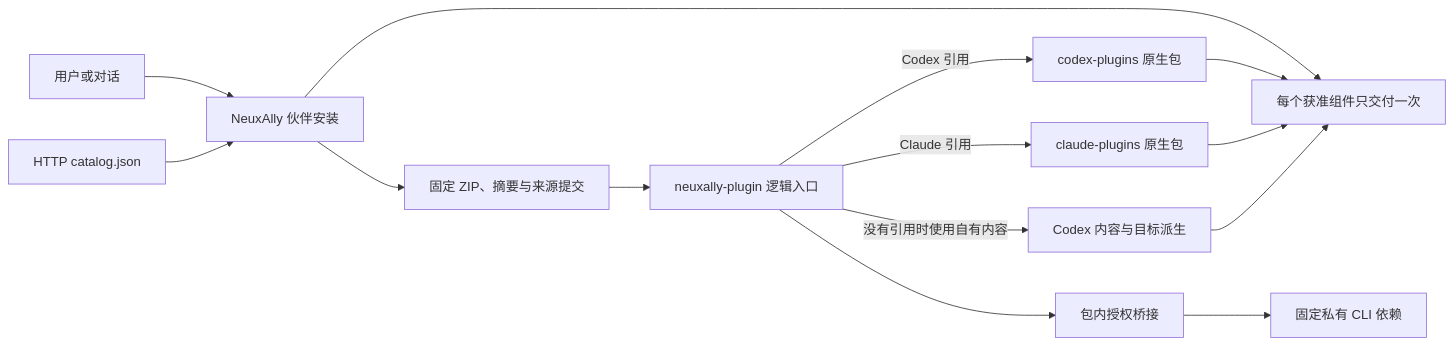
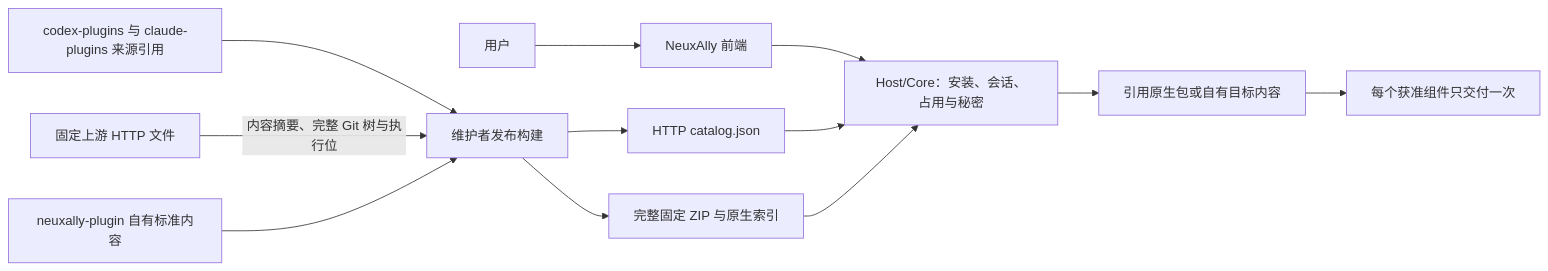
Before and after one commit to JieWaZi/NeuAally-Plugins: the first of 2 diagrams in README.zh-CN.md, drawn with Mermaid. The commit also changed other lines of this file and 28 other files, not shown here.

````diff
--- a/README.zh-CN.md
+++ b/README.zh-CN.md
@@ -22,16 +30,14 @@
 ```mermaid
 flowchart LR
-  User[用户或对话] --> Host[NeuxAlly 伙伴安装]
-  Catalog[HTTP catalog.json] --> Host
-  Host --> ZIP[固定 ZIP、摘要与来源提交]
-  ZIP --> Entry[neuxally-plugin 逻辑入口]
-  Entry -->|Codex 引用| Codex[codex-plugins 原生包]
-  Entry -->|Claude 引用| Claude[claude-plugins 原生包]
-  Entry -->|没有引用时使用自有内容| Own[Codex 内容与目标派生]
-  Entry --> Auth[包内授权桥接]
-  Auth --> Dependency[固定私有 CLI 依赖]
-  Host --> Runtime[每个获准组件只交付一次]
-  Codex --> Runtime
-  Claude --> Runtime
-  Own --> Runtime
+  Sources[codex-plugins 与 claude-plugins 来源引用] --> Build[维护者发布构建]
+  Upstream[固定上游 HTTP 文件] -->|内容摘要、完整 Git 树与执行位| Build
+  Own[neuxally-plugin 自有标准内容] --> Build
+  Build --> ZIP[完整固定 ZIP 与原生索引]
+  Build --> Catalog[HTTP catalog.json]
+  User[用户] --> UI[NeuxAlly 前端]
+  UI --> Core[Host/Core：安装、会话、占用与秘密]
+  Catalog --> Core
+  ZIP --> Core
+  Core --> Target[引用原生包或自有目标内容]
+  Target --> Runtime[每个获准组件只交付一次]
 ```
````
